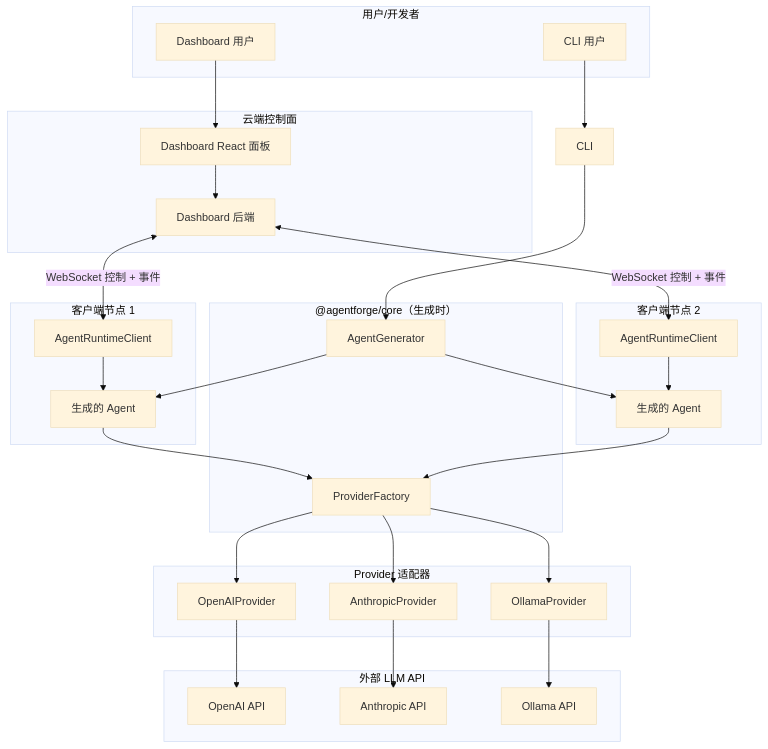
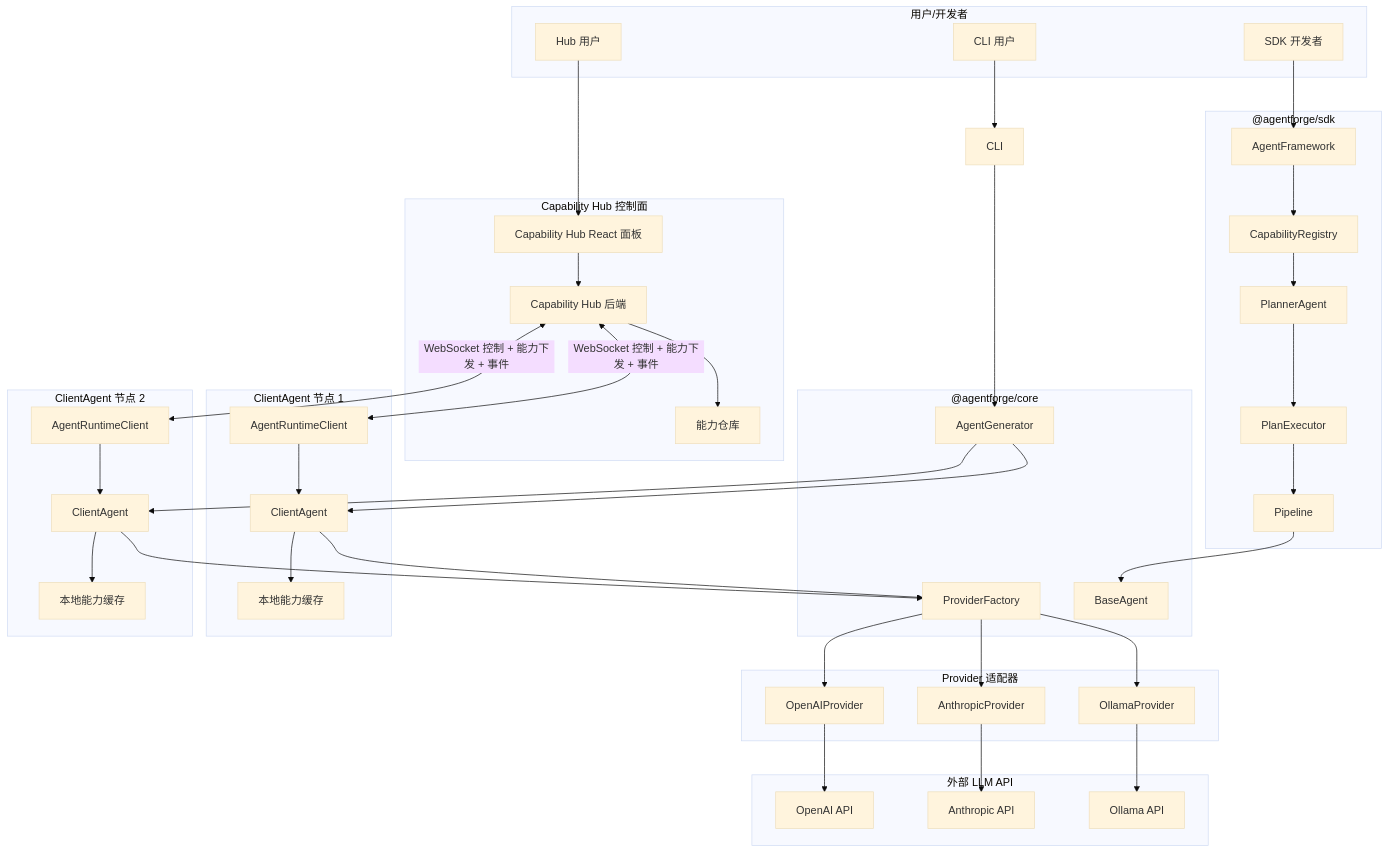
The diagram in docs/design/TECH-DESIGN.md (jiayuexin/agent-forge), drawn with Mermaid (base theme) before and after one commit. The commit also changed other lines of this file and 1 other file, not shown here.

First line of the commit message:
docs: refactor architecture overview and technology selection

````diff
--- a/docs/design/TECH-DESIGN.md
+++ b/docs/design/TECH-DESIGN.md
@@ -52,18 +52,29 @@
 ```mermaid
 flowchart TB
-    subgraph Cloud["云端控制面"]
-        DashUI["Dashboard React 面板"]
-        DashBE["Dashboard 后端"]
+    subgraph Cloud["Capability Hub 控制面"]
+        HubUI["Capability Hub React 面板"]
+        HubBE["Capability Hub 后端"]
+        CapStore["能力仓库"]
     end
 
     subgraph Users["用户/开发者"]
         U_CLI["CLI 用户"]
-        U_DASH["Dashboard 用户"]
+        U_HUB["Hub 用户"]
+        U_SDK["SDK 开发者"]
     end
 
-    subgraph Core["@agentforge/core（生成时）"]
+    subgraph Core["@agentforge/core"]
         Gen["AgentGenerator"]
         PF["ProviderFactory"]
+        BA["BaseAgent"]
+    end
+
+    subgraph SDK["@agentforge/sdk"]
+        AF["AgentFramework"]
+        CR["CapabilityRegistry"]
+        Planner["PlannerAgent"]
+        PE["PlanExecutor"]
+        PL["Pipeline"]
     end
 
     subgraph Providers["Provider 适配器"]
@@ -78,34 +89,46 @@
         OLL_API["Ollama API"]
     end
 
-    subgraph Client1["客户端节点 1"]
+    subgraph Client1["ClientAgent 节点 1"]
         ARC1["AgentRuntimeClient"]
-        Agent1["生成的 Agent"]
+        CA1["ClientAgent"]
+        Cache1["本地能力缓存"]
     end
 
-    subgraph Client2["客户端节点 2"]
+    subgraph Client2["ClientAgent 节点 2"]
         ARC2["AgentRuntimeClient"]
-        Agent2["生成的 Agent"]
+        CA2["ClientAgent"]
+        Cache2["本地能力缓存"]
     end
 
     U_CLI --> CLI
     CLI --> Gen
-    Gen --> Agent1
-    Gen --> Agent2
+    Gen --> CA1
+    Gen --> CA2
 
-    U_DASH --> DashUI
-    DashUI --> DashBE
-    DashBE <-->|"WebSocket 控制 + 事件"| ARC1
-    DashBE <-->|"WebSocket 控制 + 事件"| ARC2
+    U_HUB --> HubUI
+    HubUI --> HubBE
+    HubBE --> CapStore
+    HubBE <-->|"WebSocket 控制 + 能力下发 + 事件"| ARC1
+    HubBE <-->|"WebSocket 控制 + 能力下发 + 事件"| ARC2
 
-    ARC1 --> Agent1
-    ARC2 --> Agent2
+    ARC1 --> CA1
+    ARC2 --> CA2
+    CA1 --> Cache1
+    CA2 --> Cache2
 
-    Agent1 --> PF
-    Agent2 --> PF
+    CA1 --> PF
+    CA2 --> PF
     PF --> OpenAI
     PF --> Anthropic
     PF --> Ollama
+
+    U_SDK --> AF
+    AF --> CR
+    CR --> Planner
+    Planner --> PE
+    PE --> PL
+    PL --> BA
 
     OpenAI --> OAI_API
     Anthropic --> ANT_API
````
